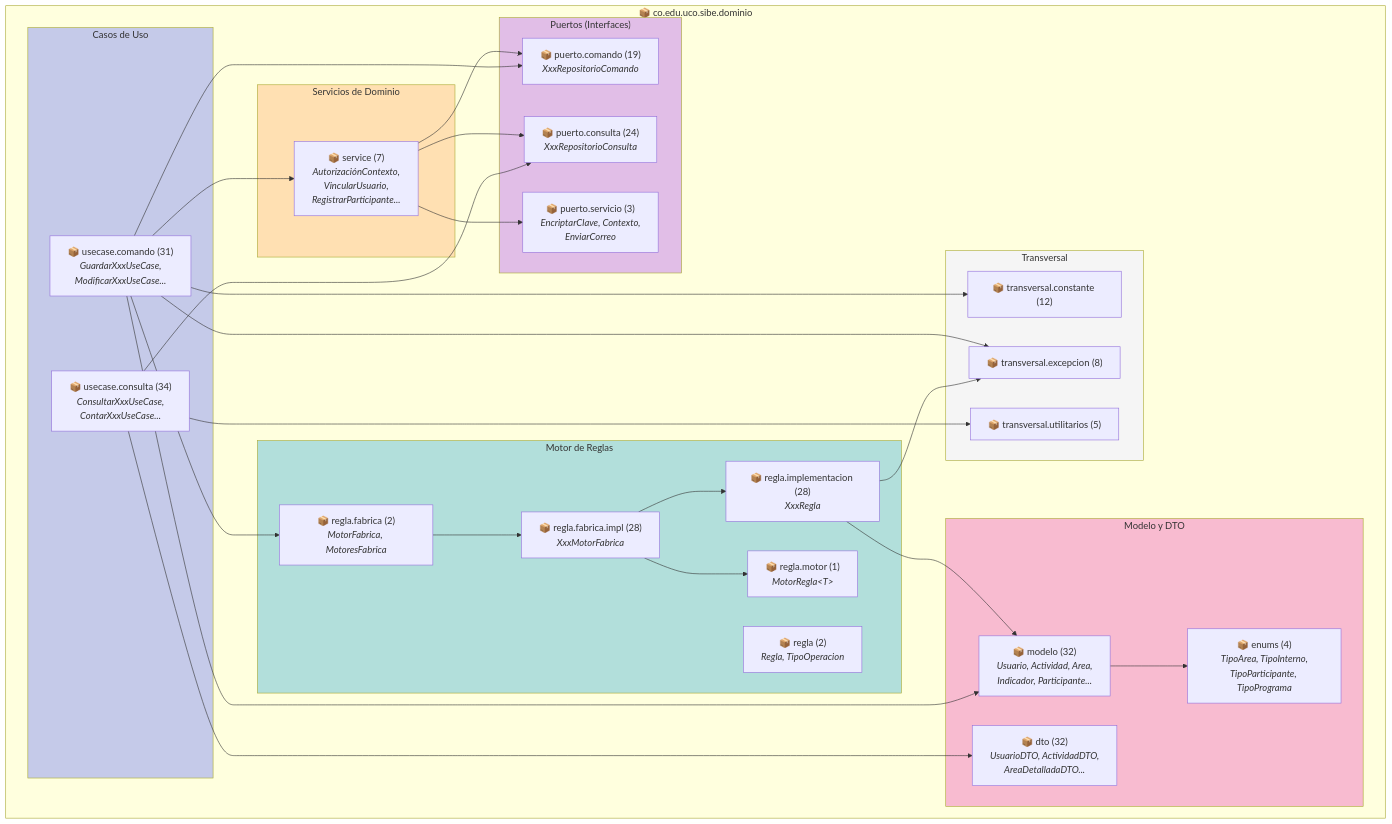
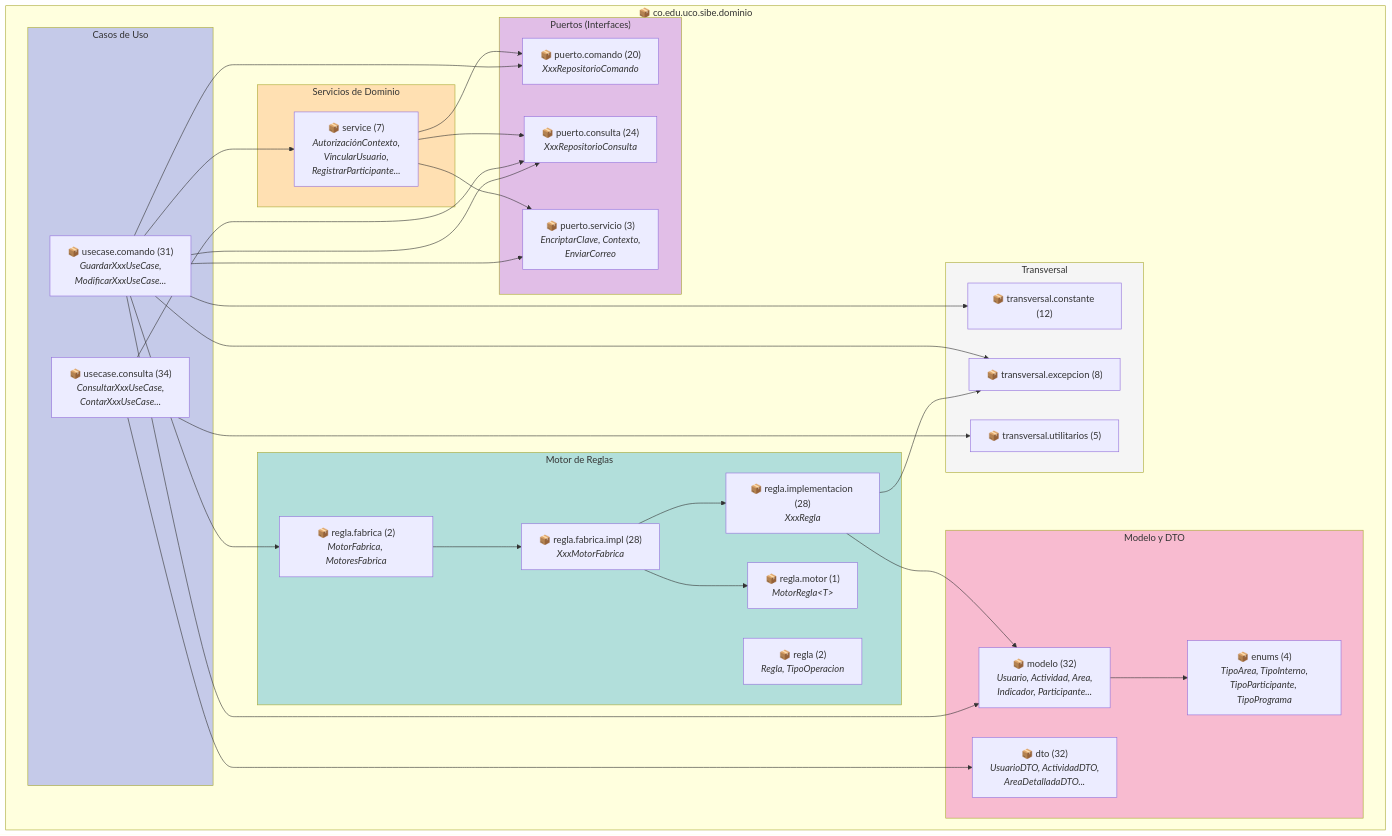
Before and after one commit to sibeuco/DocumentacionSibe: the third of 15 diagrams in docs/artifacts/27.diagrama_de_paquetes.md, drawn with Mermaid. The commit also changed other lines of this file and 5 other files, not shown here.

````diff
--- a/docs/artifacts/27.diagrama_de_paquetes.md
+++ b/docs/artifacts/27.diagrama_de_paquetes.md
@@ -267,65 +265,67 @@
 ```mermaid
 graph TB
     subgraph dominio["📦 co.edu.uco.sibe.dominio"]
         subgraph modelo_dto["Modelo y DTO"]
             modelo["📦 modelo (32)<br/><i>Usuario, Actividad, Area,<br/>Indicador, Participante...</i>"]
             dto["📦 dto (32)<br/><i>UsuarioDTO, ActividadDTO,<br/>AreaDetalladaDTO...</i>"]
             enums["📦 enums (4)<br/><i>TipoArea, TipoInterno,<br/>TipoParticipante, TipoPrograma</i>"]
         end
 
         subgraph puertos["Puertos (Interfaces)"]
-            ptoCmd["📦 puerto.comando (19)<br/><i>XxxRepositorioComando</i>"]
+            ptoCmd["📦 puerto.comando (20)<br/><i>XxxRepositorioComando</i>"]
             ptoCon["📦 puerto.consulta (24)<br/><i>XxxRepositorioConsulta</i>"]
             ptoSvc["📦 puerto.servicio (3)<br/><i>EncriptarClave, Contexto,<br/>EnviarCorreo</i>"]
         end
 
         subgraph usecases["Casos de Uso"]
             ucCmd["📦 usecase.comando (31)<br/><i>GuardarXxxUseCase,<br/>ModificarXxxUseCase...</i>"]
             ucCon["📦 usecase.consulta (34)<br/><i>ConsultarXxxUseCase,<br/>ContarXxxUseCase...</i>"]
         end
 
         subgraph reglas["Motor de Reglas"]
             regla["📦 regla (2)<br/><i>Regla, TipoOperacion</i>"]
             reglaMotor["📦 regla.motor (1)<br/><i>MotorRegla&lt;T&gt;</i>"]
             reglaFab["📦 regla.fabrica (2)<br/><i>MotorFabrica, MotoresFabrica</i>"]
             reglaFabImpl["📦 regla.fabrica.impl (28)<br/><i>XxxMotorFabrica</i>"]
             reglaImpl["📦 regla.implementacion (28)<br/><i>XxxRegla</i>"]
         end
 
         subgraph servicios["Servicios de Dominio"]
             svc["📦 service (7)<br/><i>AutorizaciónContexto,<br/>VincularUsuario,<br/>RegistrarParticipante...</i>"]
         end
 
         subgraph transversal["Transversal"]
             constante["📦 transversal.constante (12)"]
             excepcion["📦 transversal.excepcion (8)"]
             utilitarios["📦 transversal.utilitarios (5)"]
         end
     end
 
     ucCmd --> modelo
     ucCmd --> ptoCmd
+    ucCmd --> ptoCon
+    ucCmd --> ptoSvc
     ucCmd --> reglaFab
     ucCmd --> svc
     ucCon --> ptoCon
     ucCon --> dto
     svc --> ptoCmd
     svc --> ptoCon
     svc --> ptoSvc
     reglaFab --> reglaFabImpl
     reglaFabImpl --> reglaImpl
     reglaFabImpl --> reglaMotor
     reglaImpl --> modelo
     reglaImpl --> excepcion
     modelo --> enums
     ucCmd --> constante
     ucCmd --> excepcion
     ucCon --> utilitarios
 
     style modelo_dto fill:#f8bbd0
     style puertos fill:#e1bee7
     style usecases fill:#c5cae9
     style reglas fill:#b2dfdb
     style servicios fill:#ffe0b2
     style transversal fill:#f5f5f5
 ```
````
